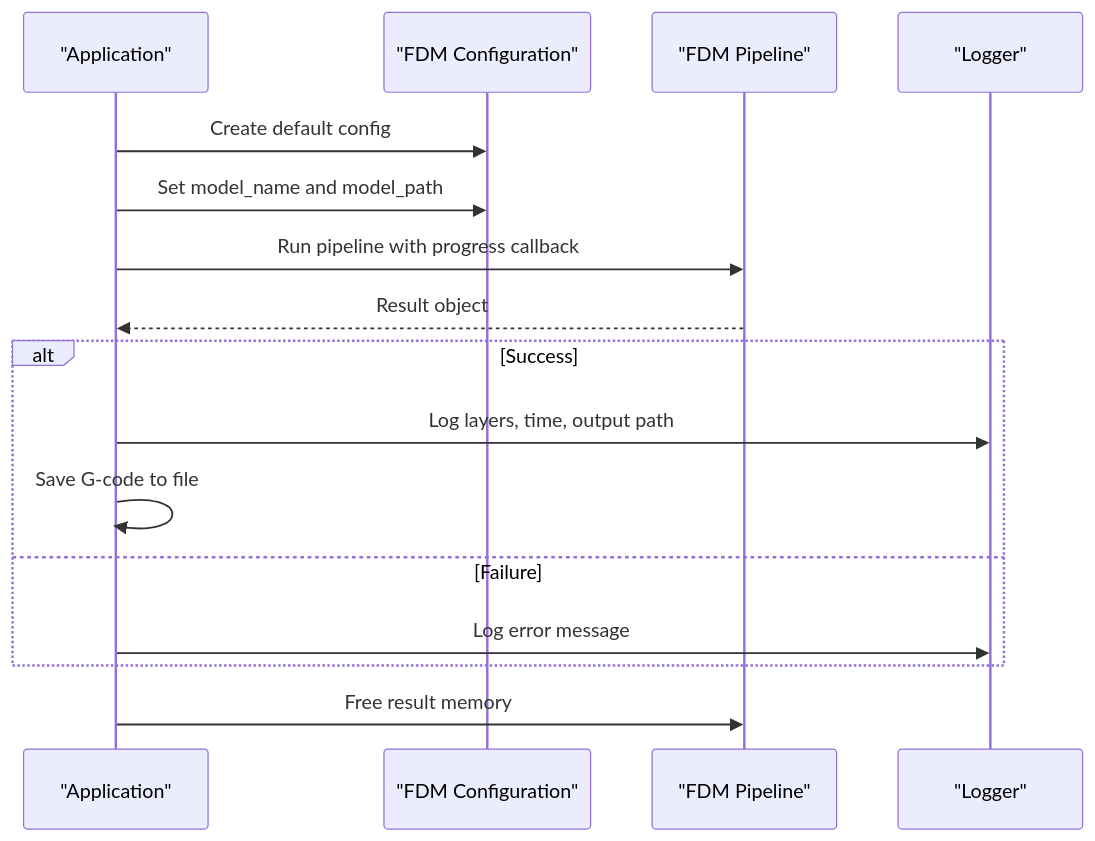
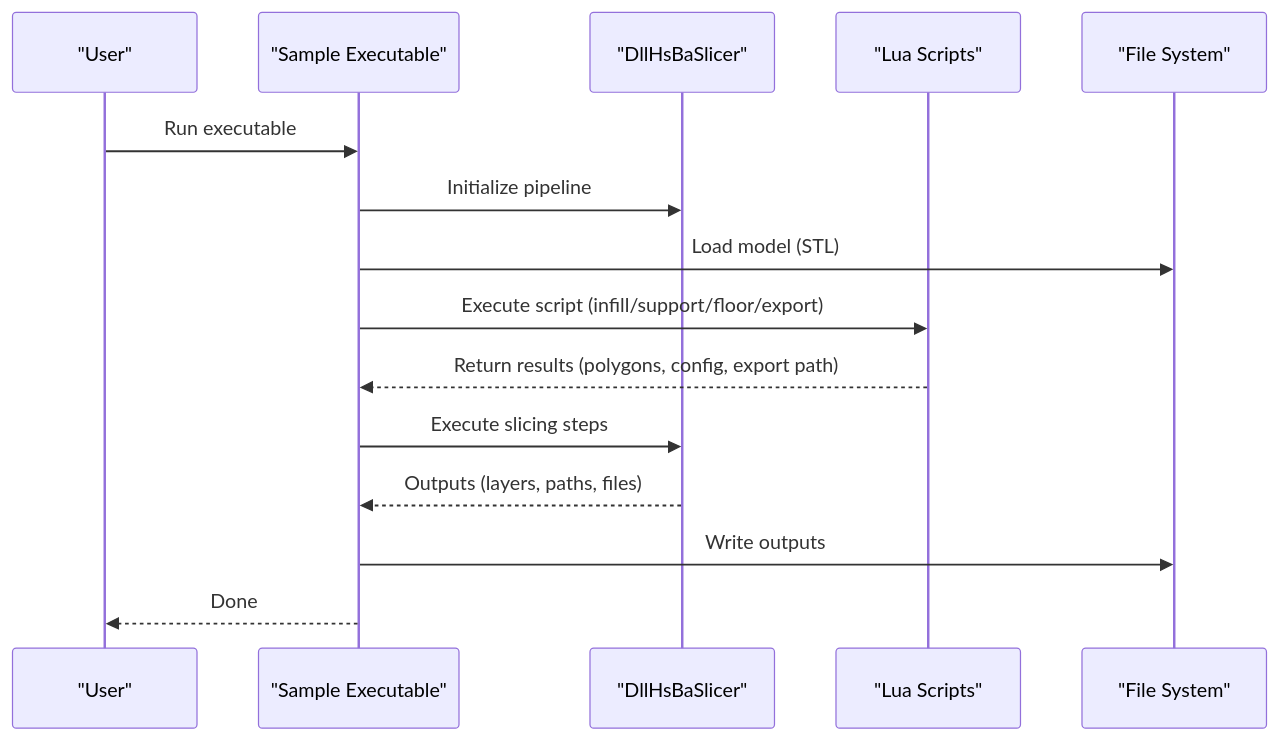
Before and after one commit to hsmbanlance/HsBaSlicer: the second of 6 diagrams in .qoder/repowiki/en/content/Examples & Samples/Basic Examples.md, drawn with Mermaid. The commit also changed other lines of this file and 1095 other files, not shown here.

````diff
--- a/.qoder/repowiki/en/content/Examples & Samples/Basic Examples.md
+++ b/.qoder/repowiki/en/content/Examples & Samples/Basic Examples.md
@@ -169,18 +104,17 @@
 ```mermaid
 sequenceDiagram
-participant App as "Application"
-participant Config as "FDM Configuration"
-participant Pipeline as "FDM Pipeline"
-participant Logger as "Logger"
-App->>Config : Create default config
-App->>Config : Set model_name and model_path
-App->>Pipeline : Run pipeline with progress callback
-Pipeline-->>App : Result object
-alt Success
-App->>Logger : Log layers, time, output path
-App->>App : Save G-code to file
-else Failure
-App->>Logger : Log error message
-end
-App->>Pipeline : Free result memory
+participant User as "User"
+participant Sample as "Sample Executable"
+participant DLL as "DllHsBaSlicer"
+participant Lua as "Lua Scripts"
+participant FS as "File System"
+User->>Sample : Run executable
+Sample->>DLL : Initialize pipeline
+Sample->>FS : Load model (STL)
+Sample->>Lua : Execute script (infill/support/floor/export)
+Lua-->>Sample : Return results (polygons, config, export path)
+Sample->>DLL : Execute slicing steps
+DLL-->>Sample : Outputs (layers, paths, files)
+Sample->>FS : Write outputs
+Sample-->>User : Done
 ```
````
